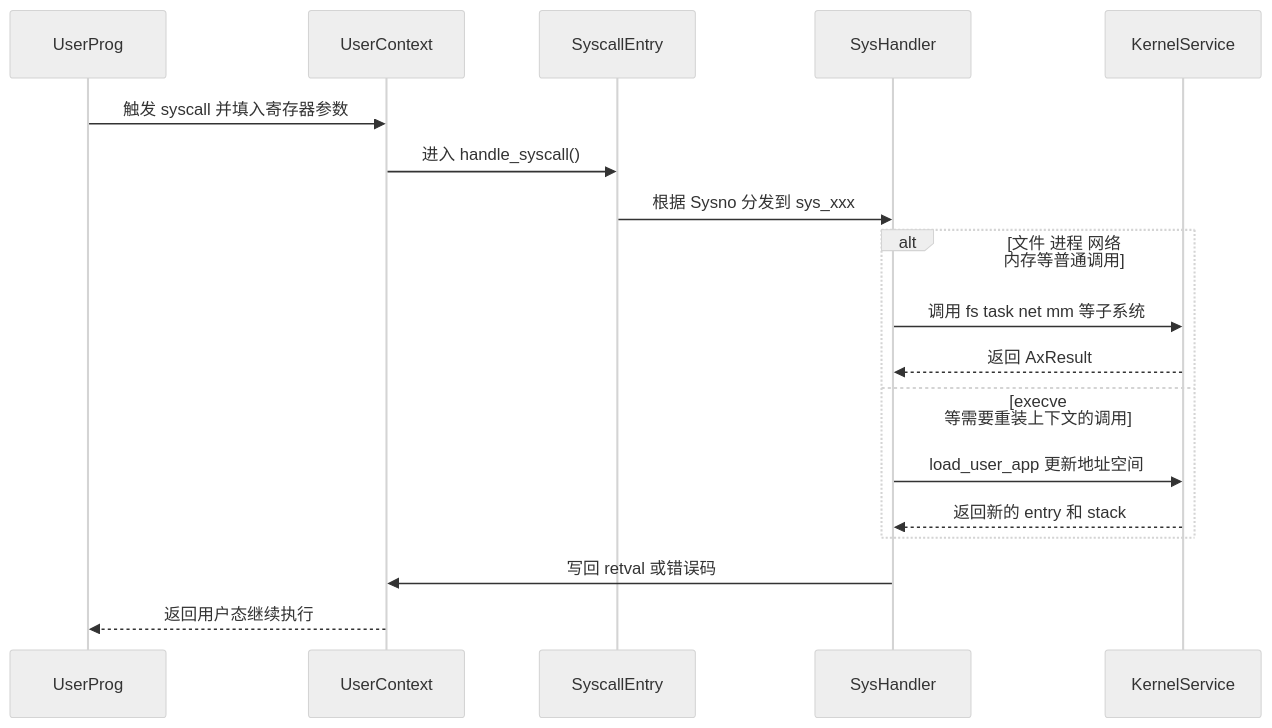
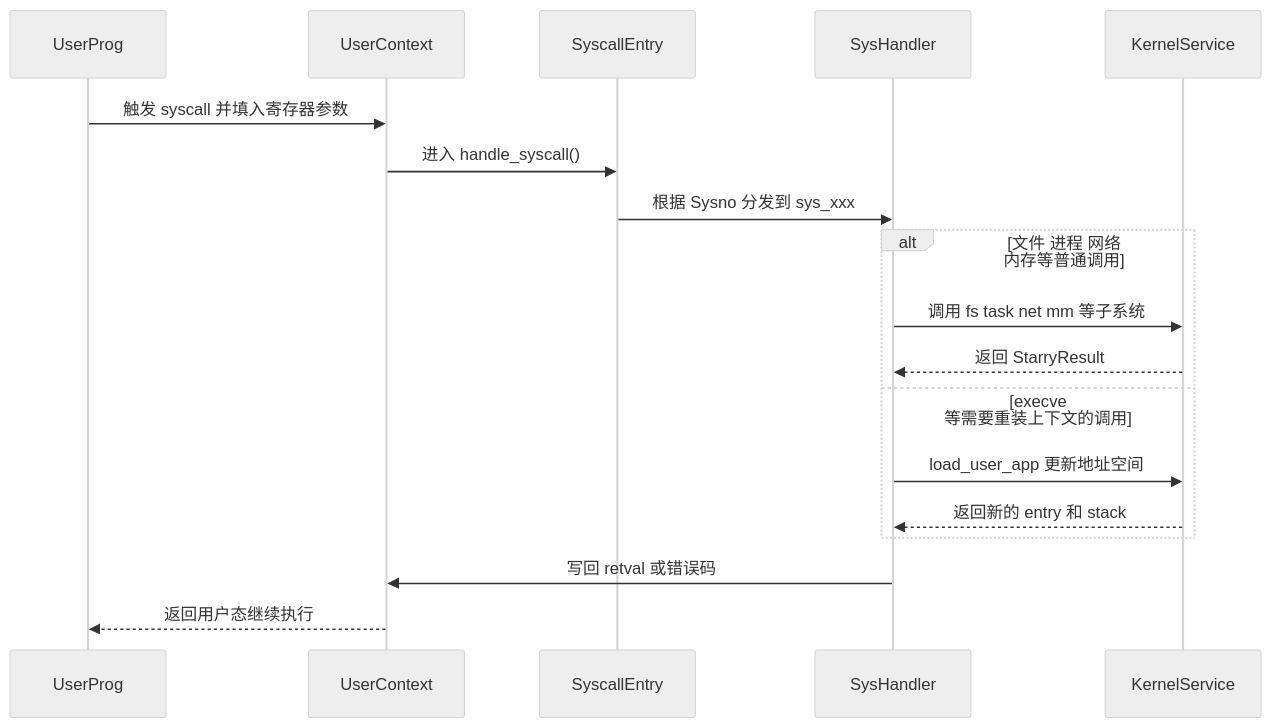
One commit to 451846939/tgoskits changed the second of 4 diagrams in docs/docs/architecture/starryos/overview.md. Above: the diagram before and after it, drawn with Mermaid (neutral theme). The commit also changed 365 other files, not shown here.

````diff
--- a/docs/docs/architecture/starryos/overview.md
+++ b/docs/docs/architecture/starryos/overview.md
@@ -130,21 +130,21 @@
 ```mermaid
 sequenceDiagram
     participant UserProg
     participant UserContext
     participant SyscallEntry
     participant SysHandler
     participant KernelService
 
     UserProg->>UserContext: 触发 syscall 并填入寄存器参数
     UserContext->>SyscallEntry: 进入 handle_syscall()
     SyscallEntry->>SysHandler: 根据 Sysno 分发到 sys_xxx
     alt 文件 进程 网络 内存等普通调用
         SysHandler->>KernelService: 调用 fs task net mm 等子系统
-        KernelService-->>SysHandler: 返回 AxResult
+        KernelService-->>SysHandler: 返回 StarryResult
     else execve 等需要重装上下文的调用
         SysHandler->>KernelService: load_user_app 更新地址空间
         KernelService-->>SysHandler: 返回新的 entry 和 stack
     end
     SysHandler->>UserContext: 写回 retval 或错误码
     UserContext-->>UserProg: 返回用户态继续执行
 ```
````
